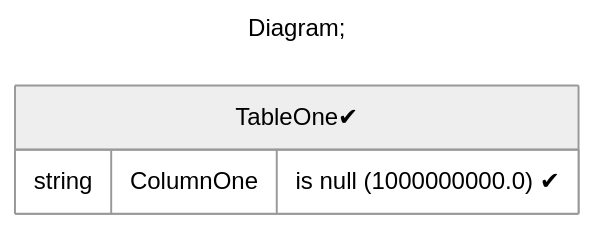
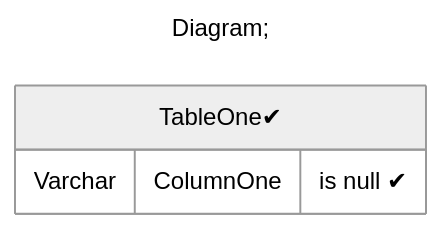
Before and after one commit to dbulahov/tuttest: the second of 2 diagrams in tutorial.database.intro/DOCUMENTATION.MD, drawn with Mermaid (neutral theme). The commit also changed 86 other files, not shown here.

````diff
--- a/tutorial.database.intro/DOCUMENTATION.MD
+++ b/tutorial.database.intro/DOCUMENTATION.MD
@@ -24,10 +24,10 @@
 ```mermaid
 ---
 title: Diagram;
 ---
 erDiagram
 "TableOne✔"{
-string ColumnOne "is null (1000000000.0) ✔"
+Varchar ColumnOne "is null ✔"
 }
 
 ```
````
